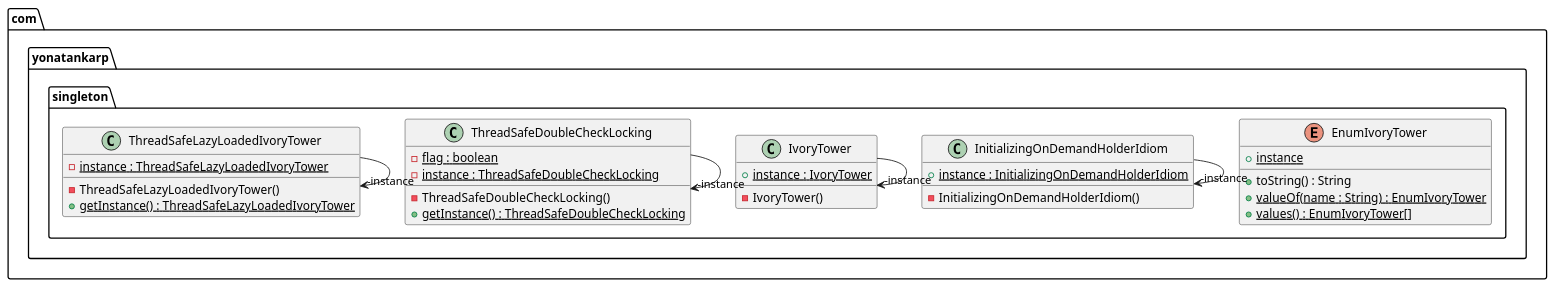
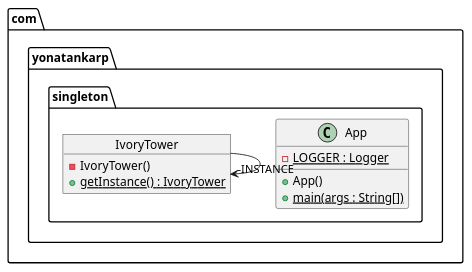
The diagram in singleton/etc/singleton.urm.puml (yonatankarp/kotlin-design-patterns), drawn with PlantUML before and after one commit. The commit also changed 16 other files, not shown here.

```diff
--- a/singleton/etc/singleton.urm.puml
+++ b/singleton/etc/singleton.urm.puml
@@ -1,38 +1,14 @@
 @startuml
 package com.yonatankarp.singleton {
-
-  enum EnumIvoryTower {
-    + instance {static}
-    + toString() : String
-    + valueOf(name : String) : EnumIvoryTower {static}
-    + values() : EnumIvoryTower[] {static}
+  class App {
+    - LOGGER : Logger {static}
+    + App()
+    + main(args : String[]) {static}
   }
-
-  class InitializingOnDemandHolderIdiom {
-    - InitializingOnDemandHolderIdiom()
-    + instance : InitializingOnDemandHolderIdiom {static}
-  }
-
-  class IvoryTower {
-    + instance : IvoryTower {static}
+  object IvoryTower {
     - IvoryTower()
-  }
-
-  class ThreadSafeDoubleCheckLocking {
-    - flag : boolean {static}
-    - instance : ThreadSafeDoubleCheckLocking {static}
-    - ThreadSafeDoubleCheckLocking()
-    + getInstance() : ThreadSafeDoubleCheckLocking {static}
-  }
-
-  class ThreadSafeLazyLoadedIvoryTower {
-    - instance : ThreadSafeLazyLoadedIvoryTower {static}
-    - ThreadSafeLazyLoadedIvoryTower()
-    + getInstance() : ThreadSafeLazyLoadedIvoryTower {static}
+    + getInstance() : IvoryTower {static}
   }
 }
-IvoryTower -->  "-instance" IvoryTower
-InitializingOnDemandHolderIdiom  --> "-instance" InitializingOnDemandHolderIdiom
-ThreadSafeDoubleCheckLocking -->  "-instance" ThreadSafeDoubleCheckLocking
-ThreadSafeLazyLoadedIvoryTower -->  "-instance" ThreadSafeLazyLoadedIvoryTower
+IvoryTower -->  "-INSTANCE" IvoryTower
 @enduml
```
